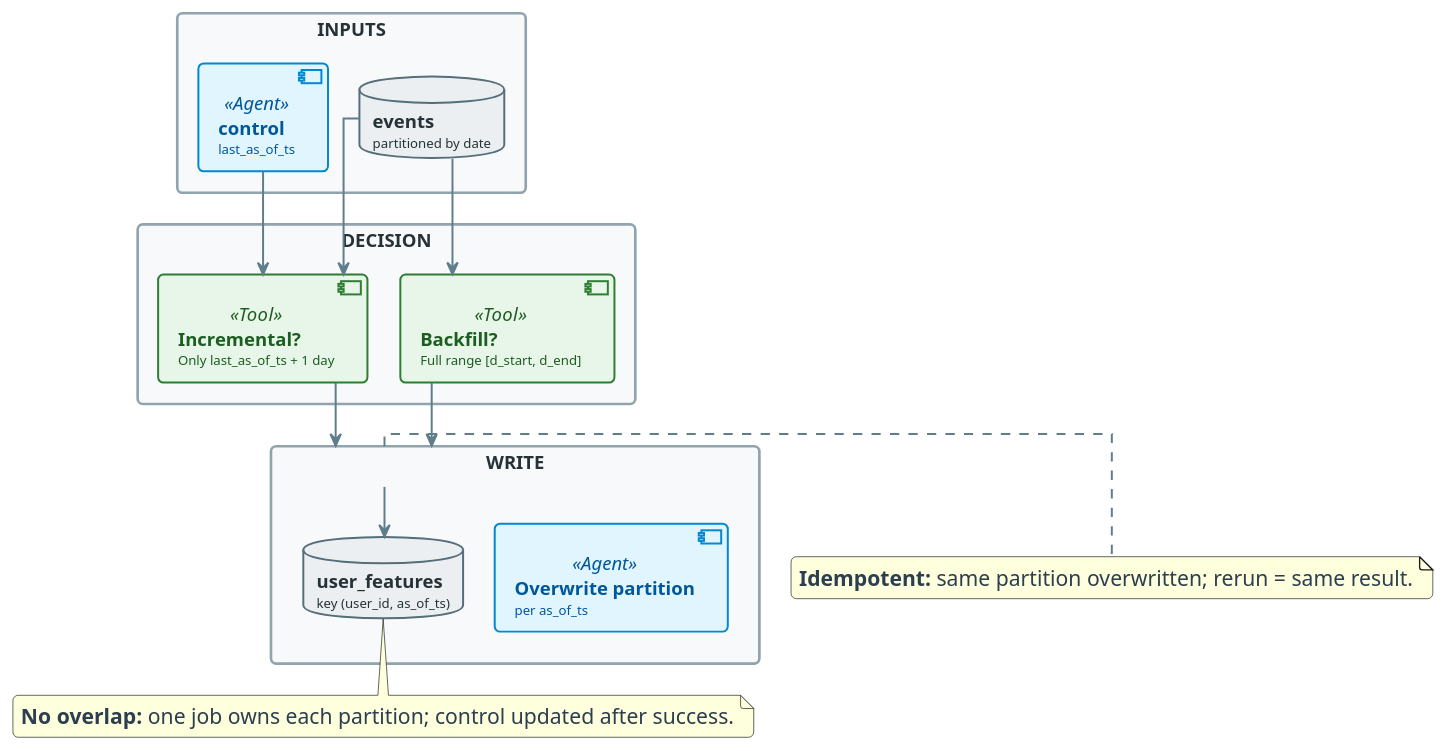
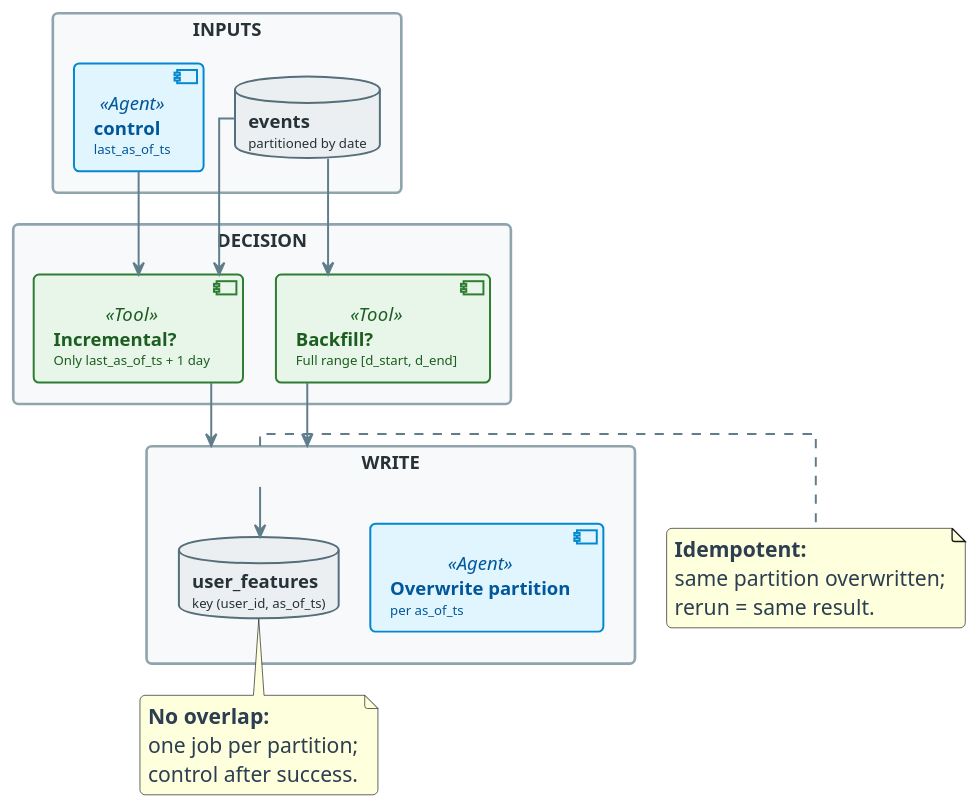
Before and after one commit to OrPerets/data-engineering-course: the diagram in diagrams/week12/week12_practice_slide22_backfill_reasoning.puml, drawn with PlantUML. The commit also changed 158 other files, not shown here.

```diff
--- a/diagrams/week12/week12_practice_slide22_backfill_reasoning.puml
+++ b/diagrams/week12/week12_practice_slide22_backfill_reasoning.puml
@@ -1,160 +1,160 @@
 @startuml
 '=================================================
 ' CANONICAL DIAGRAM TEMPLATE - DATA ENGINEERING
 '=================================================
 
 top to bottom direction
 skinparam linetype ortho
 skinparam shadowing false
 skinparam roundcorner 8
 skinparam handwritten false
 skinparam nodesep 24
 skinparam ranksep 28
 
 '-------------------------
 ' FONT & GLOBAL STYLE
 '-------------------------
 skinparam defaultFontName "Segoe UI, Helvetica, sans-serif"
 skinparam defaultFontSize 16
 skinparam defaultFontColor #2C3E50
 
 '-------------------------
 ' GENERIC BOX STYLE
 '-------------------------
 skinparam rectangle {
     BackgroundColor #F8F9FA
     BorderColor #90A4AE
     BorderThickness 2
     FontColor #263238
     FontSize 14
     FontStyle bold
     Padding 20
 }
 
 skinparam component {
     BackgroundColor #FFFFFF
     BorderColor #78909C
     BorderThickness 1.5
     FontSize 14
     Padding 12
 }
 
 skinparam database {
     BackgroundColor #ECEFF1
     BorderColor #546E7A
     BorderThickness 1.5
     FontSize 14
     FontColor #263238
 }
 
 skinparam arrow {
     Color #607D8B
     Thickness 1.5
     FontSize 11
     FontColor #546E7A
 }
 
 '-------------------------
 ' SEMANTIC STEREOTYPES
 '-------------------------
 skinparam component<<UI>> {
     BorderColor #8E24AA
     BackgroundColor #F3E5F5
     FontColor #4A148C
 }
 
 skinparam component<<Agent>> {
     BorderColor #0288D1
     BackgroundColor #E1F5FE
     FontColor #01579B
 }
 
 skinparam component<<Tool>> {
     BorderColor #2E7D32
     BackgroundColor #E8F5E9
     FontColor #1B5E20
 }
 
 skinparam component<<Config>> {
     BorderColor #F57C00
     BackgroundColor #FFF3E0
     FontColor #E65100
 }
 
 skinparam component<<Bad>> {
     BorderColor #C62828
     BackgroundColor #FFEBEE
     FontColor #B71C1C
 }
 
 skinparam component<<V1>> {
     BorderColor #F57C00
     BackgroundColor #FFF3E0
     FontColor #E65100
 }
 
 skinparam component<<V2>> {
     BorderColor #2E7D32
     BackgroundColor #E8F5E9
     FontColor #1B5E20
 }
 
 skinparam component<<up>> {
     BackgroundColor #E8F5E9
     BorderColor #2E7D32
 }
 
 skinparam component<<down>> {
     BackgroundColor #FFEBEE
     BorderColor #C62828
 }
 
 skinparam database<<up>> {
     BackgroundColor #E8F5E9
     BorderColor #2E7D32
 }
 
 skinparam database<<down>> {
     BackgroundColor #FFEBEE
     BorderColor #C62828
 }
 
 skinparam component<<success>> {
     BackgroundColor #E8F5E9
     BorderColor #2E7D32
 }
 
 skinparam component<<failure>> {
     BackgroundColor #FFEBEE
     BorderColor #C62828
 }
 
 '=================================================
 
 ' BACKFILL vs INCREMENTAL DECISION
 rectangle "INPUTS" #F8F9FA {
     database "**events**\n<size:10>partitioned by date</size>" as EVT
     component "**control**\n<size:10>last_as_of_ts</size>" as CTRL <<Agent>>
 }
 
 rectangle "DECISION" #F8F9FA {
     component "**Backfill?**\n<size:10>Full range [d_start, d_end]</size>" as BACKFILL <<Tool>>
     component "**Incremental?**\n<size:10>Only last_as_of_ts + 1 day</size>" as INCR <<Tool>>
 }
 
 rectangle "WRITE" #F8F9FA {
     component "**Overwrite partition**\n<size:10>per as_of_ts</size>" as WRITE1 <<Agent>>
     database "**user_features**\n<size:10>key (user_id, as_of_ts)</size>" as FT
 }
 
 EVT --> BACKFILL
 EVT --> INCR
 CTRL --> INCR
 BACKFILL --> WRITE
 INCR --> WRITE
 WRITE --> FT
 
-note bottom of WRITE : **Idempotent:** same partition overwritten; rerun = same result.
-note bottom of FT : **No overlap:** one job owns each partition; control updated after success.
+note bottom of WRITE : **Idempotent:**\nsame partition overwritten;\nrerun = same result.
+note bottom of FT : **No overlap:**\none job per partition;\ncontrol after success.
 
 @enduml
```
